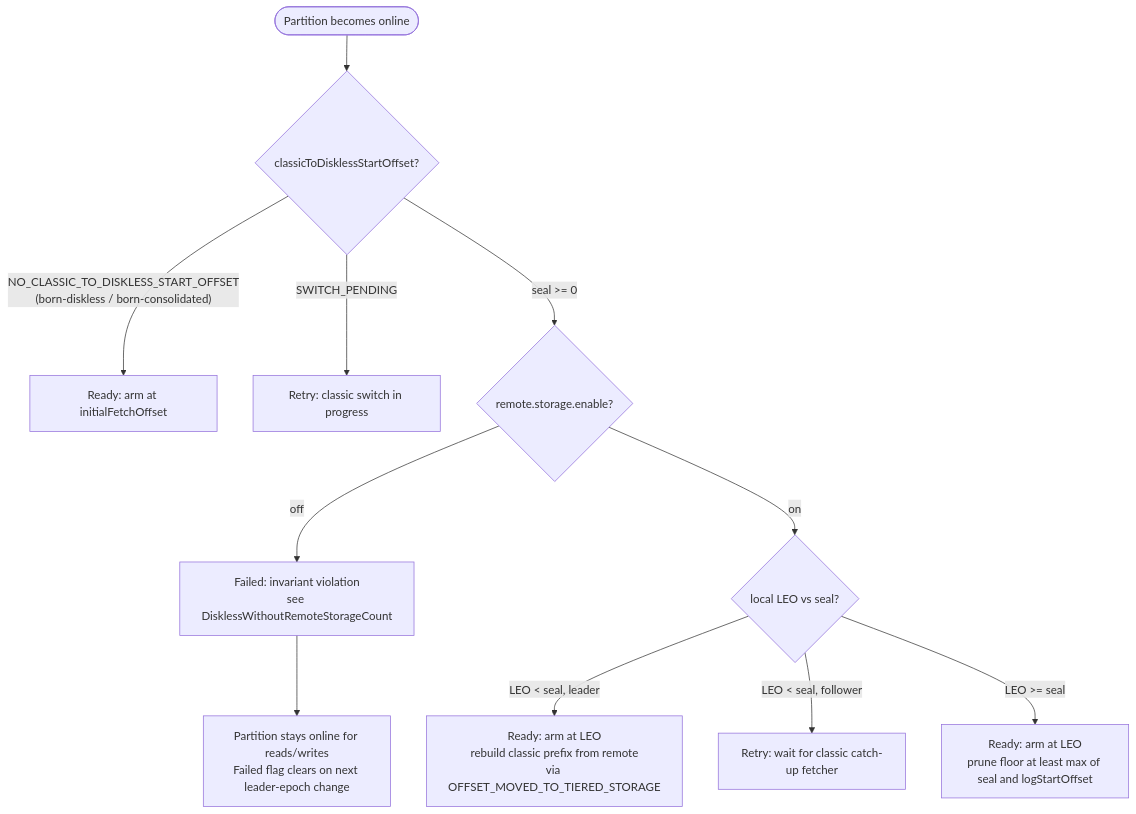
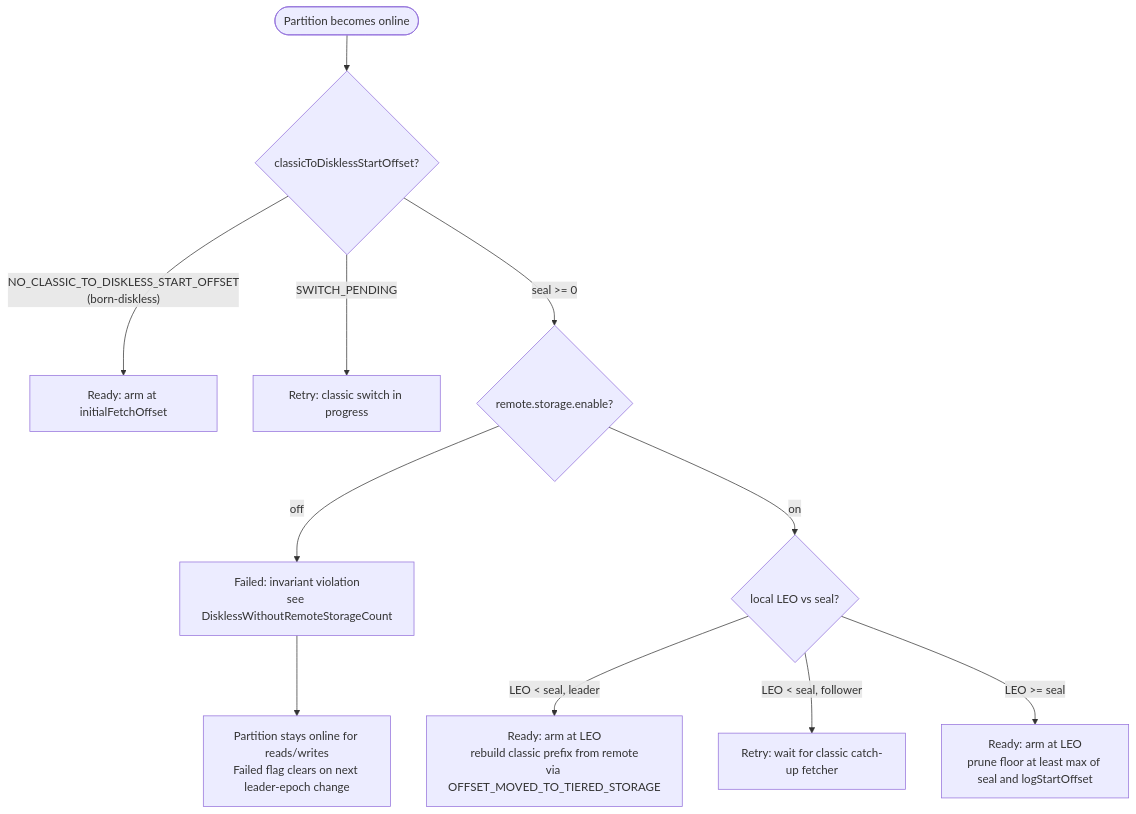
The second of 2 diagrams in docs/inkless/DISKLESS_CONSOLIDATION.md (aiven/inkless), drawn with Mermaid before and after one commit. The commit also changed other lines of this file and 7 other files, not shown here.

````diff
--- a/docs/inkless/DISKLESS_CONSOLIDATION.md
+++ b/docs/inkless/DISKLESS_CONSOLIDATION.md
@@ -233,13 +233,13 @@
 ```mermaid
 flowchart TD
     start([Partition becomes online]) --> seal{classicToDisklessStartOffset?}
-    seal -- "NO_CLASSIC_TO_DISKLESS_START_OFFSET\n(born-diskless / born-consolidated)" --> ready[Ready: arm at initialFetchOffset]
+    seal -- "NO_CLASSIC_TO_DISKLESS_START_OFFSET\n(born-diskless)" --> ready[Ready: arm at initialFetchOffset]
     seal -- "SWITCH_PENDING" --> retry[Retry: classic switch in progress]
     seal -- "seal >= 0" --> remote{remote.storage.enable?}
     remote -- "off" --> failed[Failed: invariant violation\nsee DisklessWithoutRemoteStorageCount]
     remote -- "on" --> leo{local LEO vs seal?}
     leo -- "LEO < seal, leader" --> rebuild[Ready: arm at LEO\nrebuild classic prefix from remote\nvia OFFSET_MOVED_TO_TIERED_STORAGE]
     leo -- "LEO < seal, follower" --> retry2[Retry: wait for classic catch-up fetcher]
     leo -- "LEO >= seal" --> resume[Ready: arm at LEO\nprune floor at least max of seal and logStartOffset]
     failed --> fenced[Partition stays online for reads/writes\nFailed flag clears on next leader-epoch change]
 ```
````
